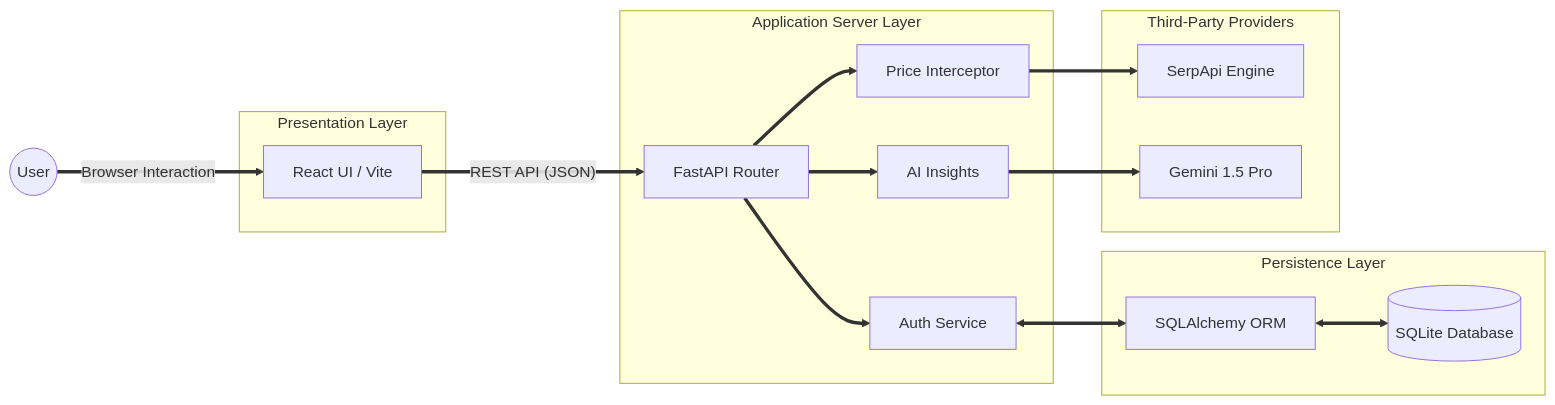
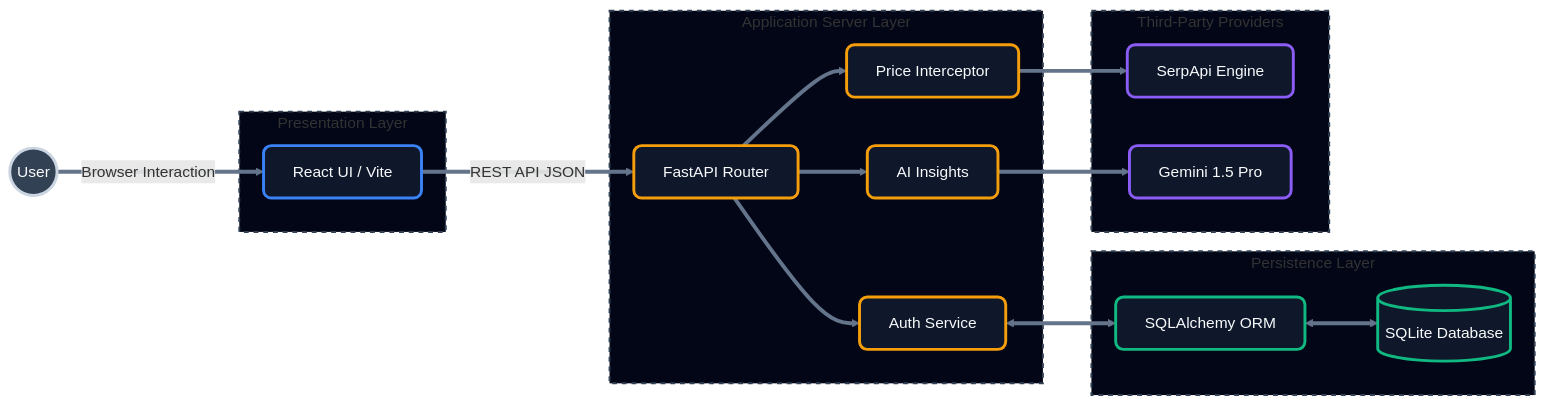
The first of 3 diagrams in SystemModelling.md (SriVigneswaran7/Honey-Hive), drawn with Mermaid before and after one commit. The commit also changed other lines of this file, not shown here.

Commit message:
Enhance UML diagrams and sequence model
Updated UML diagrams and sequence model for clarity and accuracy.

````diff
--- a/SystemModelling.md
+++ b/SystemModelling.md
@@ -17,40 +17,68 @@
 ```mermaid
-graph LR
-    %% Structural layout relying on native GitHub themes for perfect readability
-    U((User))
-
-    subgraph Presentation Layer
-        FE["React UI / Vite"]
+flowchart LR
+    %% -----------------------------------------
+    %% INDUSTRIAL MODERN THEME DEFINITIONS
+    %% -----------------------------------------
+    classDef default fill:#1e293b,stroke:#475569,stroke-width:2px,color:#f8fafc,rx:6,ry:6,font-family:sans-serif;
+    
+    %% Accent Nodes (Dark backgrounds, thick neon borders)
+    classDef client fill:#0f172a,stroke:#3b82f6,stroke-width:3px,color:#f8fafc,rx:8,ry:8;
+    classDef server fill:#0f172a,stroke:#f59e0b,stroke-width:3px,color:#f8fafc,rx:8,ry:8;
+    classDef data fill:#0f172a,stroke:#10b981,stroke-width:3px,color:#f8fafc,rx:8,ry:8;
+    classDef external fill:#0f172a,stroke:#8b5cf6,stroke-width:3px,color:#f8fafc,rx:8,ry:8;
+    classDef userNode fill:#334155,stroke:#cbd5e1,stroke-width:3px,color:#f8fafc,rx:50,ry:50;
+    
+    %% -----------------------------------------
+    %% SYSTEM ARCHITECTURE
+    %% -----------------------------------------
+    U((User)):::userNode
+    
+    subgraph Presentation["Presentation Layer"]
+        FE["React UI / Vite"]:::client
     end
-
-    subgraph Application Server Layer
-        API["FastAPI Router"]
-        Auth["Auth Service"]
-        Search["Price Interceptor"]
-        AI["AI Insights"]
-        
-        %% Thick internal routing lines for visual clarity
-        API ==> Auth
-        API ==> Search
-        API ==> AI
+    
+    subgraph Application["Application Server Layer"]
+        API["FastAPI Router"]:::server
+        Auth["Auth Service"]:::server
+        Search["Price Interceptor"]:::server
+        AI["AI Insights"]:::server
     end
-
-    subgraph Persistence Layer
-        ORM["SQLAlchemy ORM"]
-        DB[("SQLite Database")]
-        
-        ORM <==> DB
+    
+    subgraph Persistence["Persistence Layer"]
+        ORM["SQLAlchemy ORM"]:::data
+        DB[("SQLite Database")]:::data
     end
-
-    subgraph Third-Party Providers
-        Serp["SerpApi Engine"]
-        Gemini["Gemini 1.5 Pro"]
+    
+    subgraph ThirdParty["Third-Party Providers"]
+        Serp["SerpApi Engine"]:::external
+        Gemini["Gemini 1.5 Pro"]:::external
     end
-
-    %% Thick, clear arrows for major data flow
-    U == "Browser Interaction" ==> FE
-    FE == "REST API (JSON)" ==> API
+    
+    %% -----------------------------------------
+    %% DATA FLOW (THICK ARROWS)
+    %% -----------------------------------------
+    U ==>|Browser Interaction| FE
+    FE ==>|REST API JSON| API
+    
+    API ==> Auth
+    API ==> Search
+    API ==> AI
+    
     Auth <==> ORM
+    ORM <==> DB
+    
     Search ==> Serp
     AI ==> Gemini
+    
+    %% -----------------------------------------
+    %% HEAVY ROUTING AND CONTAINER STYLES
+    %% -----------------------------------------
+    %% Forces all connecting lines to be thick, industrial slate-grey
+    linkStyle default stroke:#64748b,stroke-width:4px,fill:none;
+    
+    %% Styles the background containers to look like technical blueprints
+    style Presentation fill:#020617,stroke:#334155,stroke-width:2px,stroke-dasharray:5,5
+    style Application fill:#020617,stroke:#334155,stroke-width:2px,stroke-dasharray:5,5
+    style Persistence fill:#020617,stroke:#334155,stroke-width:2px,stroke-dasharray:5,5
+    style ThirdParty fill:#020617,stroke:#334155,stroke-width:2px,stroke-dasharray:5,5
 ```
````
